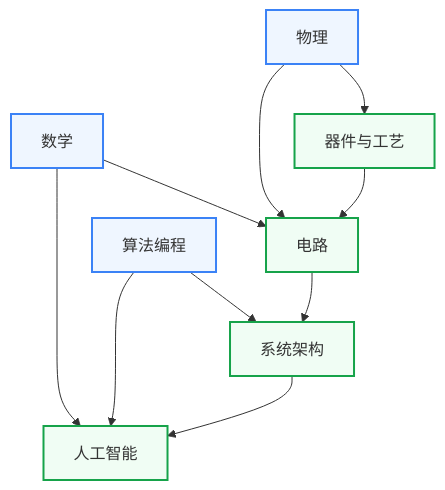
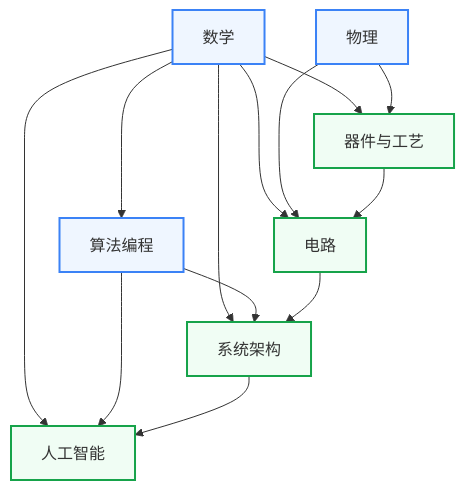
Before and after one commit to Crys-Chen/ic-guide: the first of 2 diagrams in docs/学习地图/index.md, drawn with Mermaid. The commit also changed other lines of this file and 1 other file, not shown here.

Commit message:
auto: Claude session changes

````diff
--- a/docs/学习地图/index.md
+++ b/docs/学习地图/index.md
@@ -23,25 +23,28 @@
 ```mermaid
 graph TB
     MATH["数学"]
     PHY["物理"]
     CS["算法编程"]
     DEV["器件与工艺"]
     CIR["电路"]
     SYS["系统架构"]
     AI["人工智能"]
 
+    MATH --> DEV
     MATH --> CIR
+    MATH --> CS
+    MATH --> SYS
     MATH --> AI
     PHY --> DEV
     PHY --> CIR
     DEV --> CIR
     CS --> SYS
     CS --> AI
     CIR --> SYS
     SYS --> AI
 
     classDef base fill:#EFF6FF,stroke:#3B82F6,stroke-width:2px
     classDef upper fill:#F0FDF4,stroke:#16A34A,stroke-width:2px
     class MATH,PHY,CS base
     class DEV,CIR,SYS,AI upper
 ```
````
